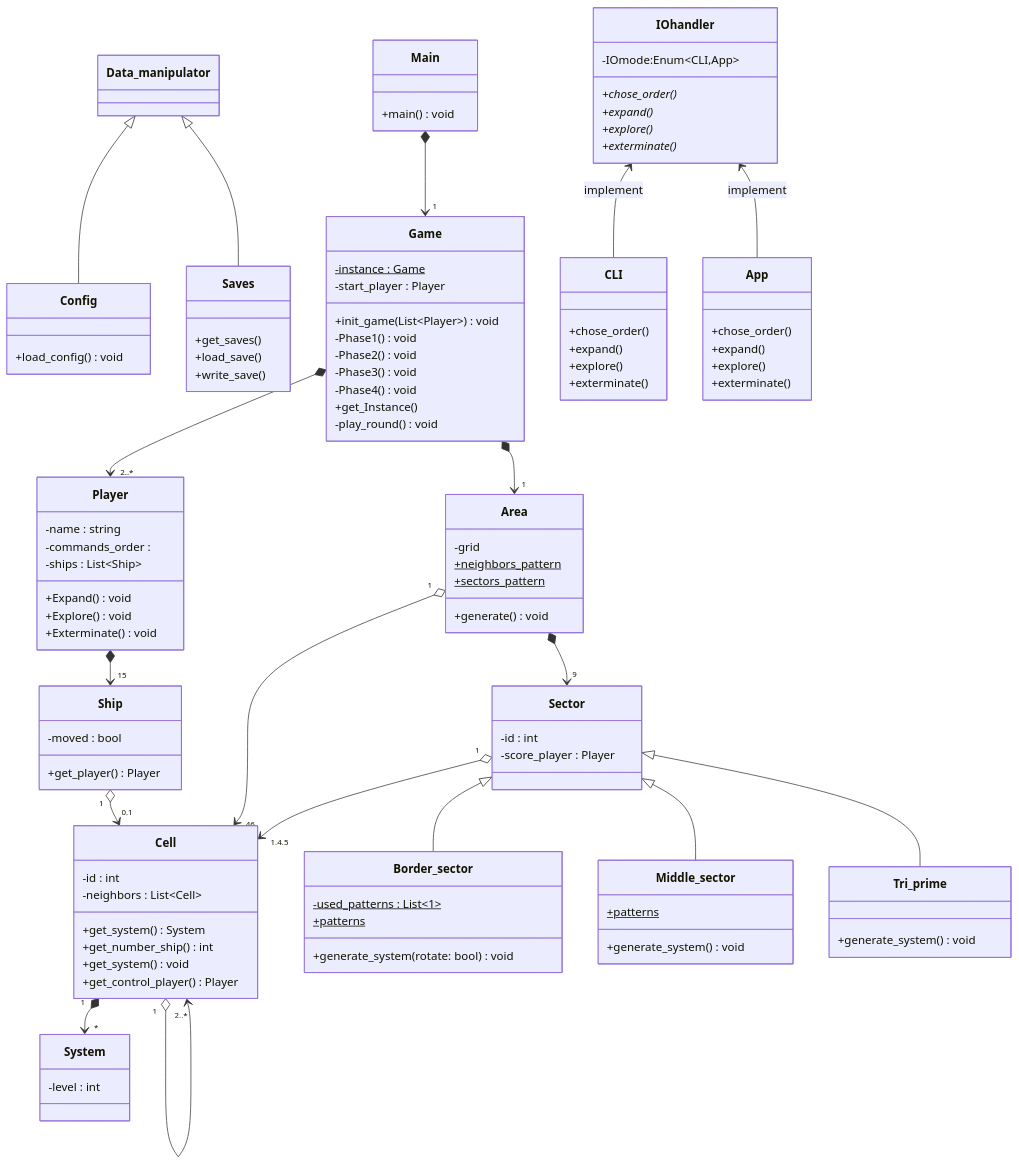
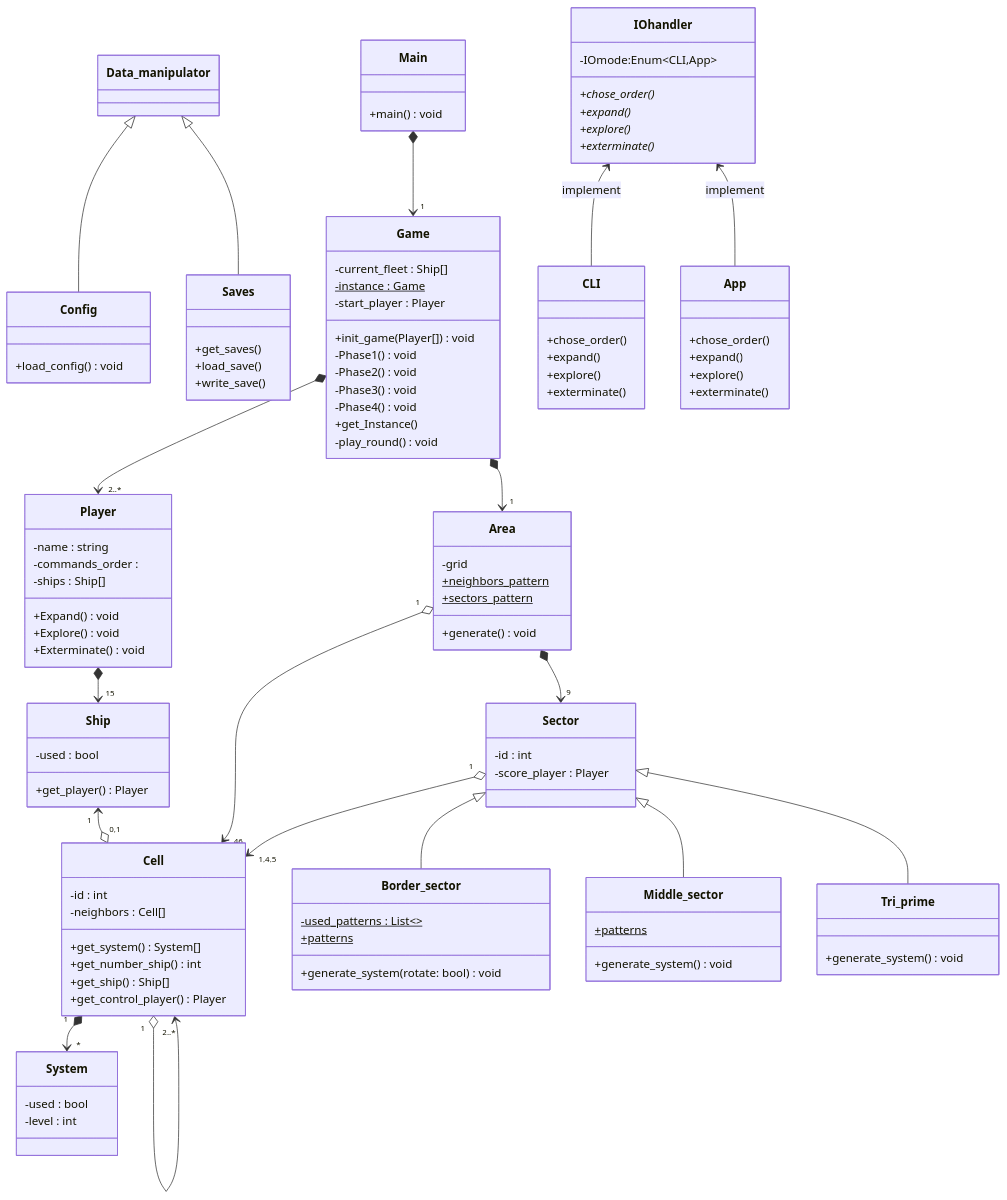
One commit to LeoCholvy/PocketImperium changed the diagram in UML/class.mermaid. Above: the diagram before and after it, drawn with Mermaid. The commit also changed 1 other file, not shown here.

Commit message:
il faut relire l'uml et ajouter les types pour les patterns

```diff
--- a/UML/class.mermaid
+++ b/UML/class.mermaid
@@ -1,112 +1,114 @@
 classDiagram
     class Main {
         +main() void
     }
     class Data_manipulator {
     }
     class Config {
         +load_config() void
     }
     class Saves {
         +get_saves()
         +load_save()
         +write_save()
     }
     Data_manipulator <|-- Config
     Data_manipulator <|-- Saves
 
     class Game {
-        +init_game(List~Player~) void
+        +init_game(Player[]) void
+        -current_fleet : Ship[]
         -Phase1() void
         -Phase2() void
         -Phase3() void
         -Phase4() void
         %% phase 4 pour la phase de score
         +get_Instance()
         -instance : Game$
         -play_round() void
         -start_player : Player
     }
     class Player {
         -name : string
         -commands_order :
         %% je sais pas quoi mettre en type
-        -ships : List~Ship~
+        -ships : Ship[]
         +Expand() void
         +Explore() void
         +Exterminate() void
     }
     class Area {
         -grid
         +neighbors_pattern$
         +sectors_pattern$
         +generate() void
     }
     class Sector {
         -id : int
         -score_player : Player
     }
     class Border_sector {
-        -used_patterns : List~1~$
+        -used_patterns : List~~$
         +patterns$
         +generate_system(rotate: bool) void
     }
     class Middle_sector {
         +patterns$
         +generate_system() void
         %% se rotate aléatoirement
     }
     class Tri_prime {
         +generate_system() void
     }
     class System {
+        -used : bool
         -level : int
     }
     class Ship {
-        -moved : bool
+        -used : bool
         +get_player() Player
     }
     class Cell {
         -id : int
-        -neighbors : List~Cell~
-        +get_system() System
+        -neighbors : Cell[]
+        +get_system() System[]
         +get_number_ship() int
-        +get_system() void
+        +get_ship() Ship[]
         +get_control_player() Player
     }
 
     Game *--> "2..*" Player
     Game *--> "1" Area
     Main *--> "1" Game
     Area "1" o--> "46" Cell
     Sector "1" o--> "1,4,5" Cell
     Sector <|-- Border_sector
     Sector <|-- Middle_sector
     Sector <|-- Tri_prime
     Cell "1" *--> "*" System
     Player *--> "15" Ship
     Area *--> "9" Sector
-    Ship "1" o--> "0,1" Cell
+    Ship "1" <--o "0,1" Cell
     Cell "1" o--> "2..*" Cell
 
     class IOhandler {
         -IOmode:Enum~CLI,App~
         +chose_order()*
         +expand()*
         +explore()*
         +exterminate()*
     }
     class CLI {
         +chose_order()
         +expand()
         +explore()
         +exterminate()
     }
     class App {
         +chose_order()
         +expand()
         +explore()
         +exterminate()
     }
     IOhandler <-- CLI : implement
     IOhandler <-- App : implement
```
